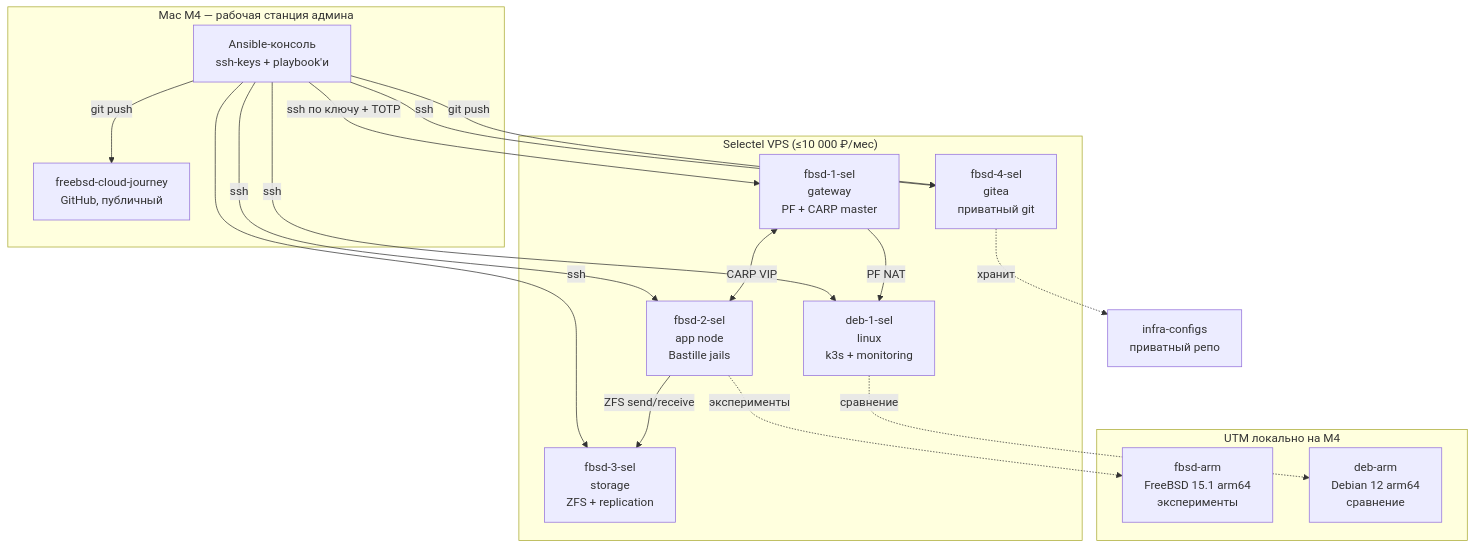
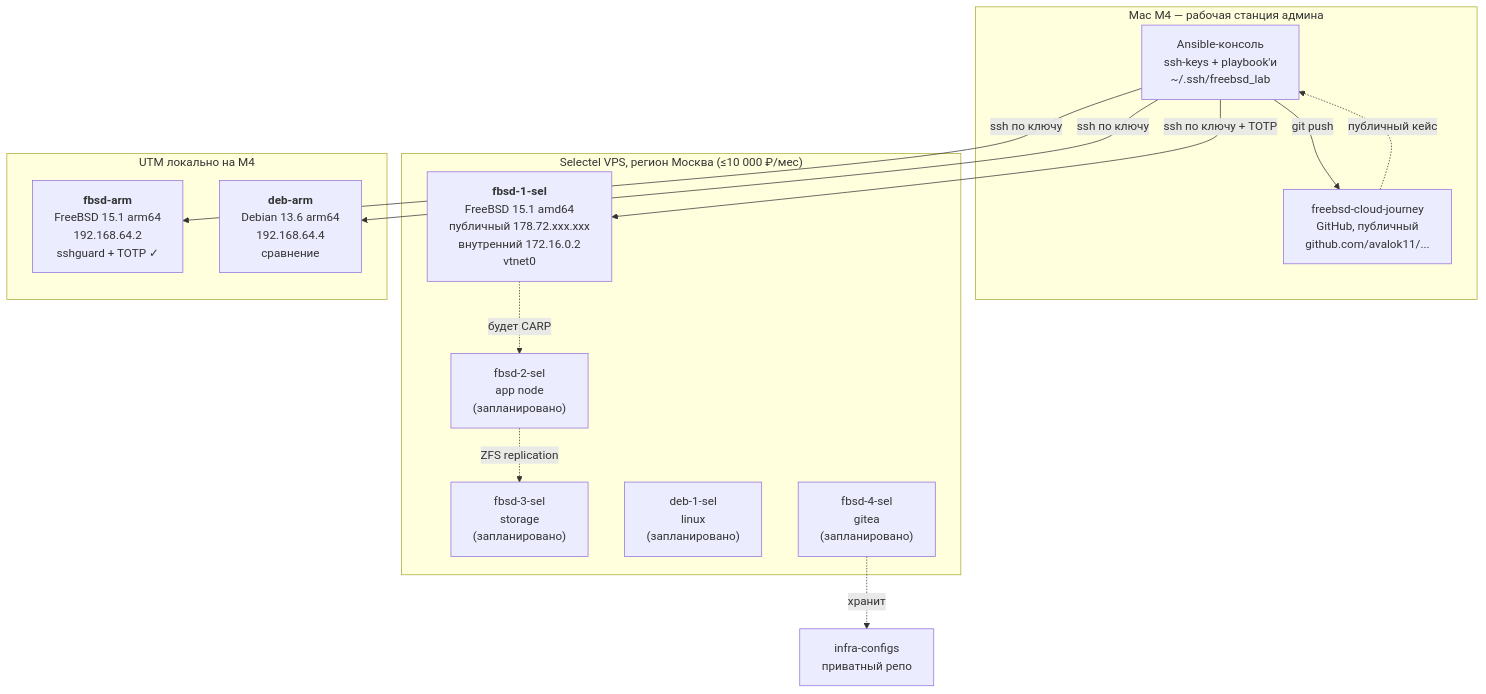
The diagram in docs/architecture.md (avalok11/freebsd-cloud-journey), drawn with Mermaid before and after one commit. The commit also changed other lines of this file and 2 other files, not shown here.

First line of the commit message:
Phase 0: sshguard + PF activated on bsd-1-sel

````diff
--- a/docs/architecture.md
+++ b/docs/architecture.md
@@ -7,34 +7,29 @@
 ```mermaid
 graph TB
     subgraph Laptop[Mac M4 — рабочая станция админа]
-        Console[Ansible-консоль<br/>ssh-keys + playbook'и]
-        GH[freebsd-cloud-journey<br/>GitHub, публичный]
+        Console[Ansible-консоль<br/>ssh-keys + playbook'и<br/>~/.ssh/freebsd_lab]
+        GH[freebsd-cloud-journey<br/>GitHub, публичный<br/>github.com/avalok11/...]
     end
 
-    subgraph Selectel["Selectel VPS (≤10 000 ₽/мес)"]
-        F1[fbsd-1-sel<br/>gateway<br/>PF + CARP master]
-        F2[fbsd-2-sel<br/>app node<br/>Bastille jails]
-        F3[fbsd-3-sel<br/>storage<br/>ZFS + replication]
-        L1[deb-1-sel<br/>linux<br/>k3s + monitoring]
-        Gitea[fbsd-4-sel<br/>gitea<br/>приватный git]
+    subgraph Selectel["Selectel VPS, регион Москва (≤10 000 ₽/мес)"]
+        F1["<b>fbsd-1-sel</b><br/>FreeBSD 15.1 amd64<br/>публичный 178.72.xxx.xxx<br/>внутренний 172.16.0.2<br/>vtnet0"]
+        F2["fbsd-2-sel<br/>app node<br/>(запланировано)"]
+        F3["fbsd-3-sel<br/>storage<br/>(запланировано)"]
+        L1["deb-1-sel<br/>linux<br/>(запланировано)"]
+        Gitea["fbsd-4-sel<br/>gitea<br/>(запланировано)"]
     end
 
-    subgraph LocalLab[UTM локально на M4]
-        FARM[fbsd-arm<br/>FreeBSD 15.1 arm64<br/>эксперименты]
-        DARM[deb-arm<br/>Debian 12 arm64<br/>сравнение]
+    subgraph LocalLab["UTM локально на M4"]
+        FARM["<b>fbsd-arm</b><br/>FreeBSD 15.1 arm64<br/>192.168.64.2<br/>sshguard + TOTP ✓"]
+        DARM["<b>deb-arm</b><br/>Debian 13.6 arm64<br/>192.168.64.4<br/>сравнение"]
     end
 
     Console -->|ssh по ключу + TOTP| F1
-    Console -->|ssh| F2
-    Console -->|ssh| F3
-    Console -->|ssh| L1
-    Console -->|ssh| Gitea
+    Console -->|ssh по ключу| FARM
+    Console -->|ssh по ключу| DARM
     Console -->|git push| GH
-    Console -->|git push| Gitea
+    GH -.публичный кейс.-> Console
+    F1 -.будет CARP.-> F2
+    F2 -.ZFS replication.-> F3
     Gitea -.хранит.-> InfraCfg[infra-configs<br/>приватный репо]
-    F1 <-->|CARP VIP| F2
-    F2 -->|ZFS send/receive| F3
-    F1 -->|PF NAT| L1
-    F2 -.эксперименты.-> FARM
-    L1 -.сравнение.-> DARM
 ```
````
